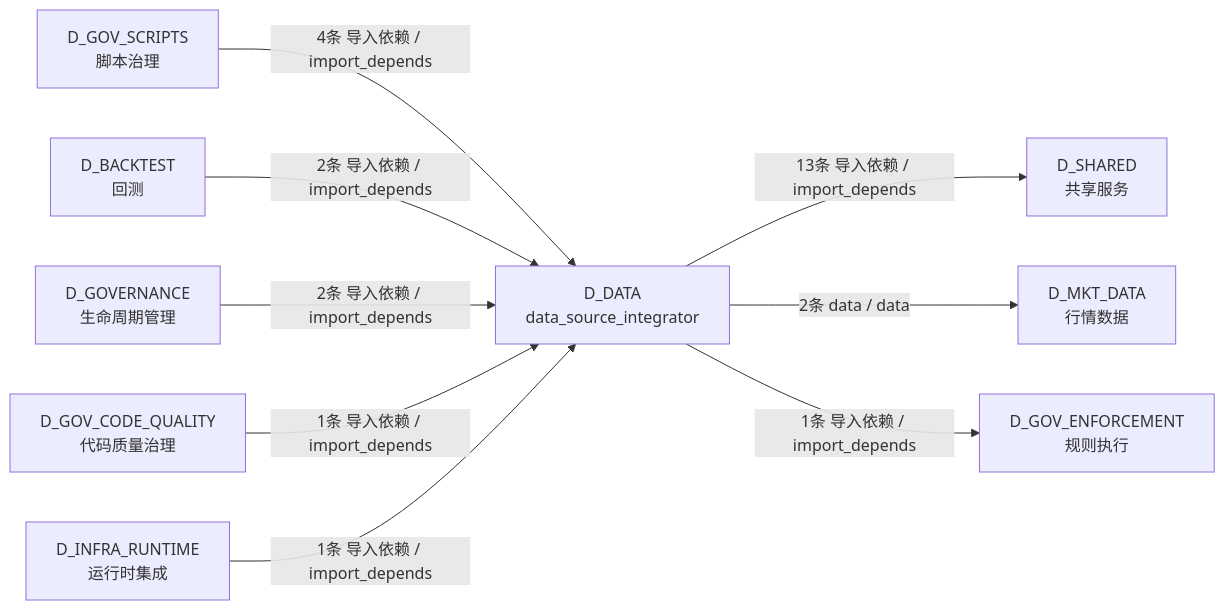
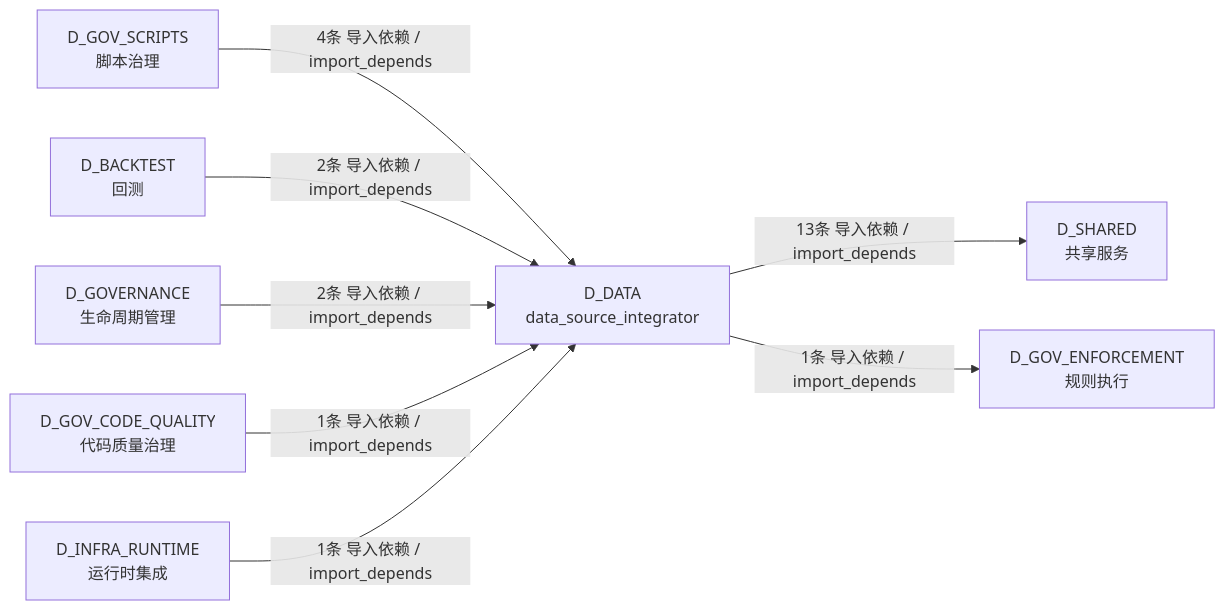
The fifth of 5 diagrams in docs/02_enterprise_architecture/02_domain_architecture_docs/61_d_data.md (xuanFelixVan/ZephyrAlpha), drawn with Mermaid before and after one commit. The commit also changed other lines of this file and 101 other files, not shown here.

````diff
--- a/docs/02_enterprise_architecture/02_domain_architecture_docs/61_d_data.md
+++ b/docs/02_enterprise_architecture/02_domain_architecture_docs/61_d_data.md
@@ -490,20 +486,18 @@
 ```mermaid
 graph LR
     D_DATA["D_DATA<br/>data_source_integrator"]
     D_SHARED["D_SHARED<br/>共享服务"]
-    D_MKT_DATA["D_MKT_DATA<br/>行情数据"]
     D_GOV_ENFORCEMENT["D_GOV_ENFORCEMENT<br/>规则执行"]
     D_GOV_SCRIPTS["D_GOV_SCRIPTS<br/>脚本治理"]
     D_BACKTEST["D_BACKTEST<br/>回测"]
     D_GOVERNANCE["D_GOVERNANCE<br/>生命周期管理"]
     D_GOV_CODE_QUALITY["D_GOV_CODE_QUALITY<br/>代码质量治理"]
     D_INFRA_RUNTIME["D_INFRA_RUNTIME<br/>运行时集成"]
     D_DATA -->|13条 导入依赖 / import_depends| D_SHARED
-    D_DATA -->|2条 data / data| D_MKT_DATA
     D_DATA -->|1条 导入依赖 / import_depends| D_GOV_ENFORCEMENT
     D_GOV_SCRIPTS -->|4条 导入依赖 / import_depends| D_DATA
     D_BACKTEST -->|2条 导入依赖 / import_depends| D_DATA
     D_GOVERNANCE -->|2条 导入依赖 / import_depends| D_DATA
     D_GOV_CODE_QUALITY -->|1条 导入依赖 / import_depends| D_DATA
     D_INFRA_RUNTIME -->|1条 导入依赖 / import_depends| D_DATA
 ```
````
